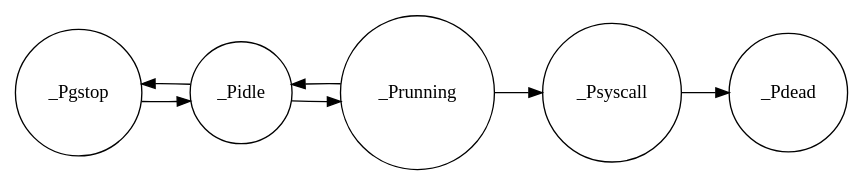
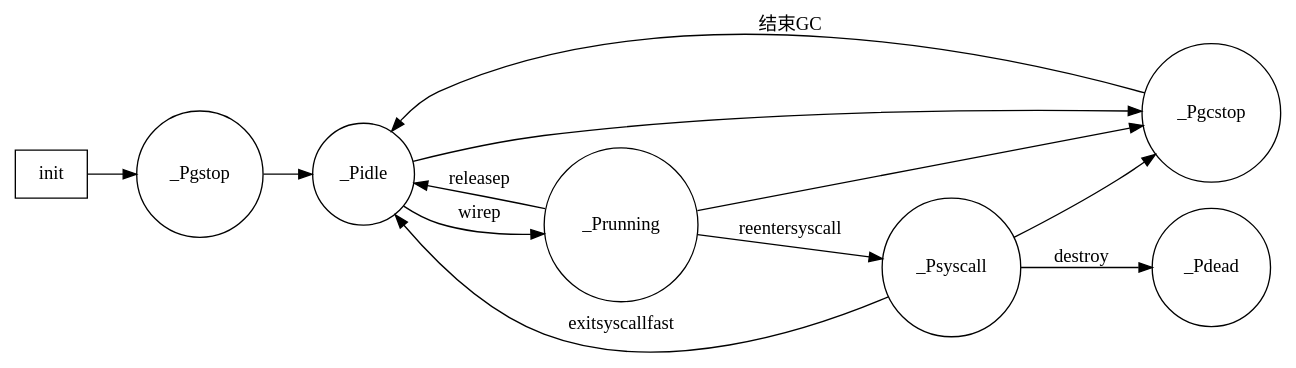
The diagram in src/golang/proc-status.dot (xieyu/blog), drawn with Graphviz before and after one commit. The commit also changed 8 other files, not shown here.

Commit message:
add more golang pgm graphs

```diff
--- a/src/golang/proc-status.dot
+++ b/src/golang/proc-status.dot
@@ -1,11 +1,16 @@
 digraph proc_status {
   node[shape=circle];
   newrank=true;
   rankdir=LR;
+  init[shape="box"];
+  init -> _Pgstop;
   _Pgstop -> _Pidle;
-  _Pidle -> _Pgstop;
-  _Pidle -> _Prunning;
-  _Prunning -> _Pidle;
-  _Prunning -> _Psyscall;
-  _Psyscall -> _Pdead;
+  _Pidle -> _Prunning[label="wirep"];
+  _Prunning -> _Pidle[label="releasep"];
+  _Prunning -> _Psyscall[label="reentersyscall"];
+  _Psyscall -> _Pdead[label="destroy"];
+  _Psyscall -> _Pidle[label="exitsyscallfast"];
+
+  _Pgcstop -> _Pidle[label="结束GC"];
+  {_Prunning, _Pidle, _Psyscall} -> _Pgcstop{label="GC"};
 }
```
